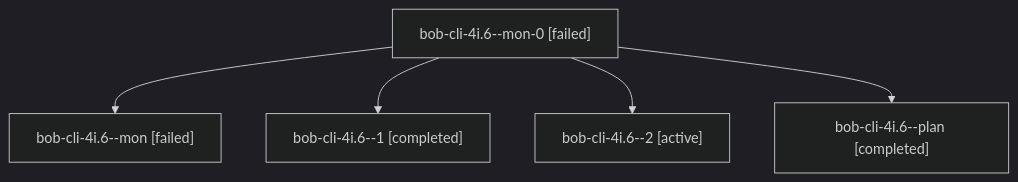
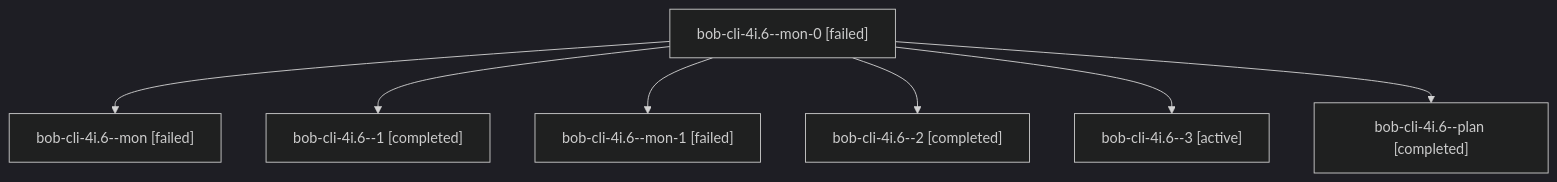
The diagram in sessions/bbugyi200.apollo.bob-cli-4i.6.md (bobs-org/bob-cli--agents), drawn with Mermaid (dark theme) before and after one commit. The commit also changed other lines of this file and 31 other files, not shown here.

````diff
--- a/sessions/bbugyi200.apollo.bob-cli-4i.6.md
+++ b/sessions/bbugyi200.apollo.bob-cli-4i.6.md
@@ -9,12 +9,16 @@
 ```mermaid
 flowchart TD
   n0["bob-cli-4i.6--mon-0 [failed]"]
   n1["bob-cli-4i.6--mon [failed]"]
   n0 --> n1
   n2["bob-cli-4i.6--1 [completed]"]
   n0 --> n2
-  n3["bob-cli-4i.6--2 [active]"]
+  n3["bob-cli-4i.6--mon-1 [failed]"]
   n0 --> n3
-  n4["bob-cli-4i.6--plan [completed]"]
+  n4["bob-cli-4i.6--2 [completed]"]
   n0 --> n4
+  n5["bob-cli-4i.6--3 [active]"]
+  n0 --> n5
+  n6["bob-cli-4i.6--plan [completed]"]
+  n0 --> n6
 ```
````
